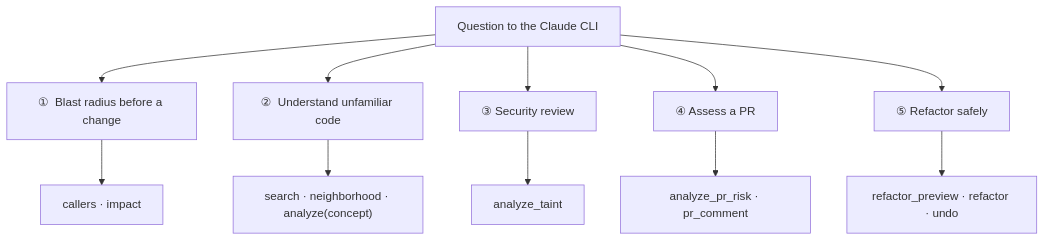
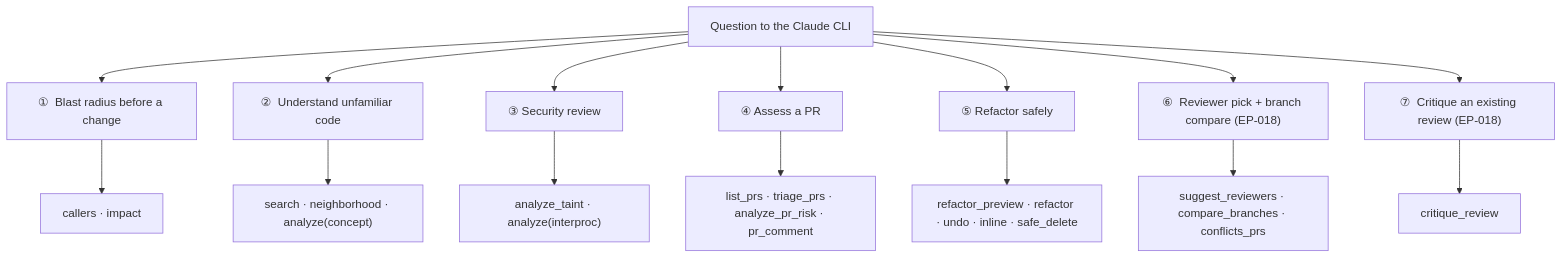
The fourth of 4 diagrams in docs/tutorial/graphi-with-claude-cli.md (samibel/graphi), drawn with Mermaid before and after one commit. The commit also changed other lines of this file and 14 other files, not shown here.

````diff
--- a/docs/tutorial/graphi-with-claude-cli.md
+++ b/docs/tutorial/graphi-with-claude-cli.md
@@ -133,9 +137,11 @@
 ```mermaid
 flowchart TD
-    Q["Question to the Claude CLI"] --> UC1 & UC2 & UC3 & UC4 & UC5
+    Q["Question to the Claude CLI"] --> UC1 & UC2 & UC3 & UC4 & UC5 & UC6 & UC7
     UC1["①  Blast radius before a change"] --> T1["callers · impact"]
     UC2["②  Understand unfamiliar code"] --> T2["search · neighborhood · analyze(concept)"]
-    UC3["③  Security review"] --> T3["analyze_taint"]
-    UC4["④  Assess a PR"] --> T4["analyze_pr_risk · pr_comment"]
-    UC5["⑤  Refactor safely"] --> T5["refactor_preview · refactor · undo"]
+    UC3["③  Security review"] --> T3["analyze_taint · analyze(interproc)"]
+    UC4["④  Assess a PR"] --> T4["list_prs · triage_prs · analyze_pr_risk · pr_comment"]
+    UC5["⑤  Refactor safely"] --> T5["refactor_preview · refactor · undo · inline · safe_delete"]
+    UC6["⑥  Reviewer pick + branch compare (EP-018)"] --> T6["suggest_reviewers · compare_branches · conflicts_prs"]
+    UC7["⑦  Critique an existing review (EP-018)"] --> T7["critique_review"]
 ```
````
